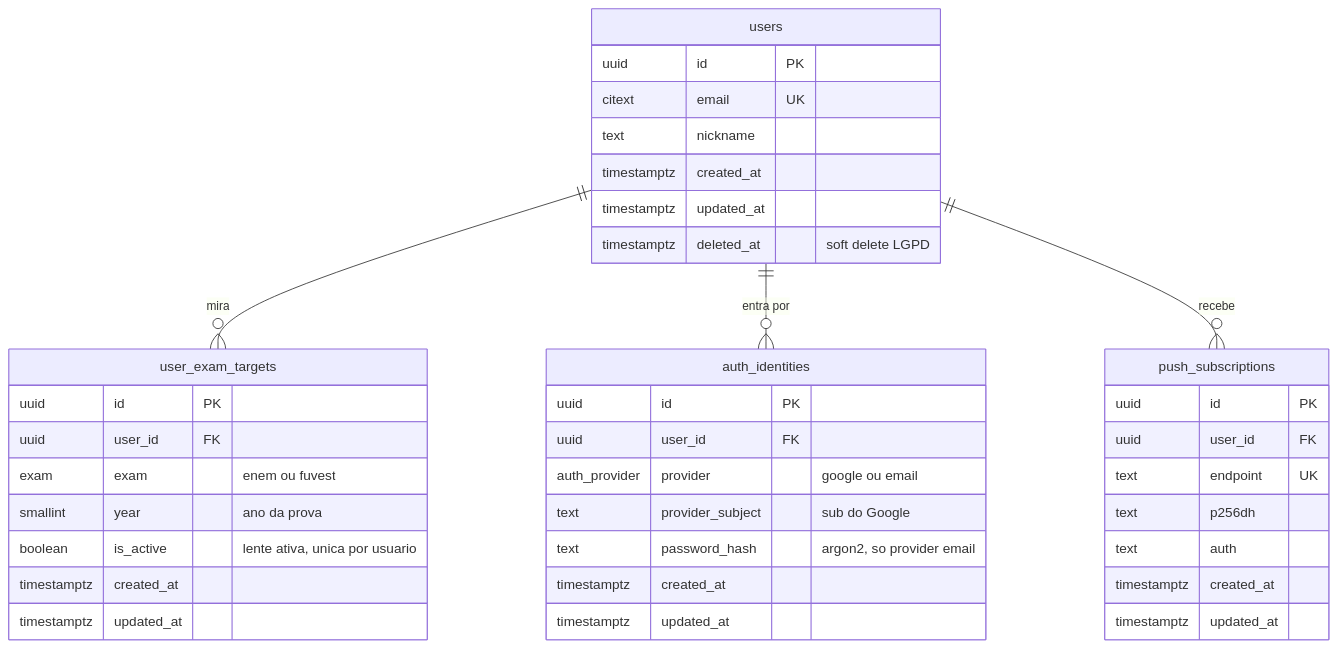
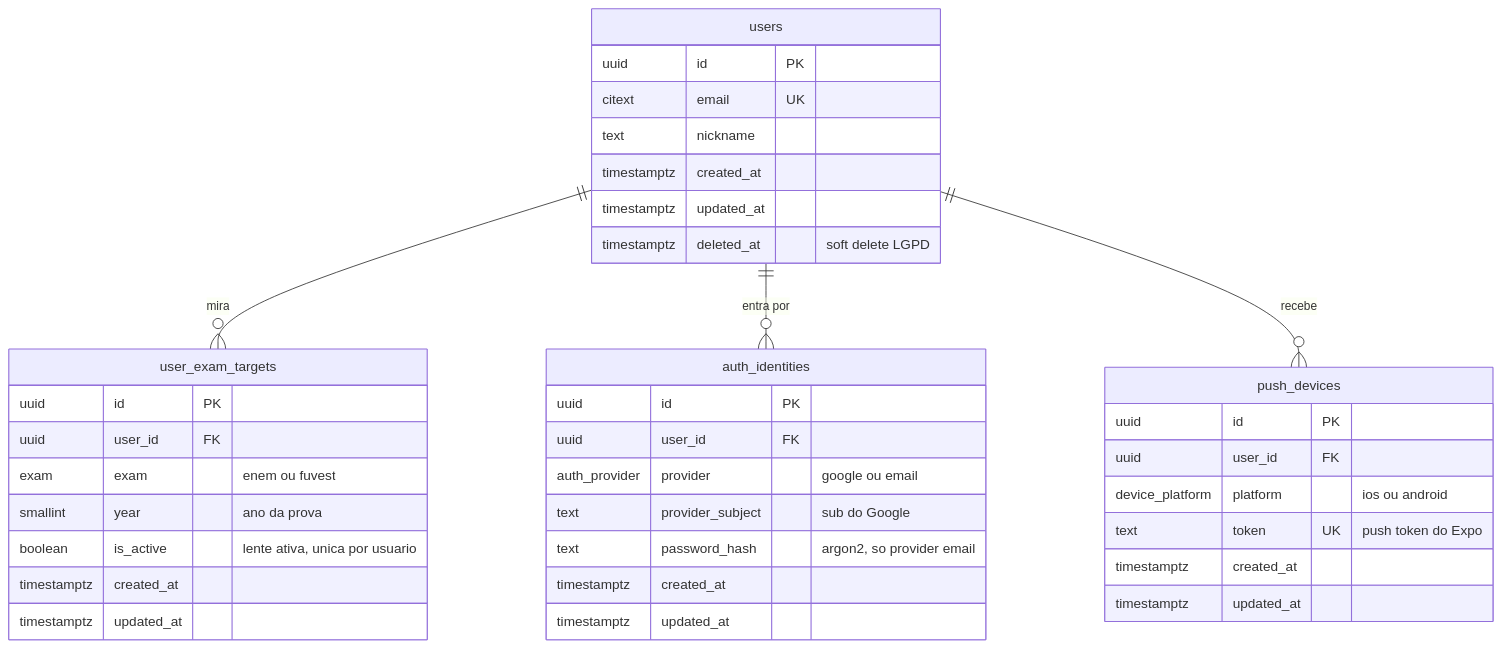
One commit to kaualimadesouza/argumenta-api changed the second of 5 diagrams in docs/DER.md. Above: the diagram before and after it, drawn with Mermaid. The commit also changed other lines of this file, not shown here.

Commit message:
docs: DER v0.3 - drop web push, push_devices table for React Native app (phase 2)

````diff
--- a/docs/DER.md
+++ b/docs/DER.md
@@ -48,41 +53,40 @@
 ```mermaid
 erDiagram
   users {
     uuid id PK
     citext email UK
     text nickname
     timestamptz created_at
     timestamptz updated_at
     timestamptz deleted_at "soft delete LGPD"
   }
   user_exam_targets {
     uuid id PK
     uuid user_id FK
     exam exam "enem ou fuvest"
     smallint year "ano da prova"
     boolean is_active "lente ativa, unica por usuario"
     timestamptz created_at
     timestamptz updated_at
   }
   auth_identities {
     uuid id PK
     uuid user_id FK
     auth_provider provider "google ou email"
     text provider_subject "sub do Google"
     text password_hash "argon2, so provider email"
     timestamptz created_at
     timestamptz updated_at
   }
-  push_subscriptions {
+  push_devices {
     uuid id PK
     uuid user_id FK
-    text endpoint UK
-    text p256dh
-    text auth
+    device_platform platform "ios ou android"
+    text token UK "push token do Expo"
     timestamptz created_at
     timestamptz updated_at
   }
   users ||--o{ user_exam_targets : "mira"
   users ||--o{ auth_identities : "entra por"
-  users ||--o{ push_subscriptions : "recebe"
+  users ||--o{ push_devices : "recebe"
 ```
````
